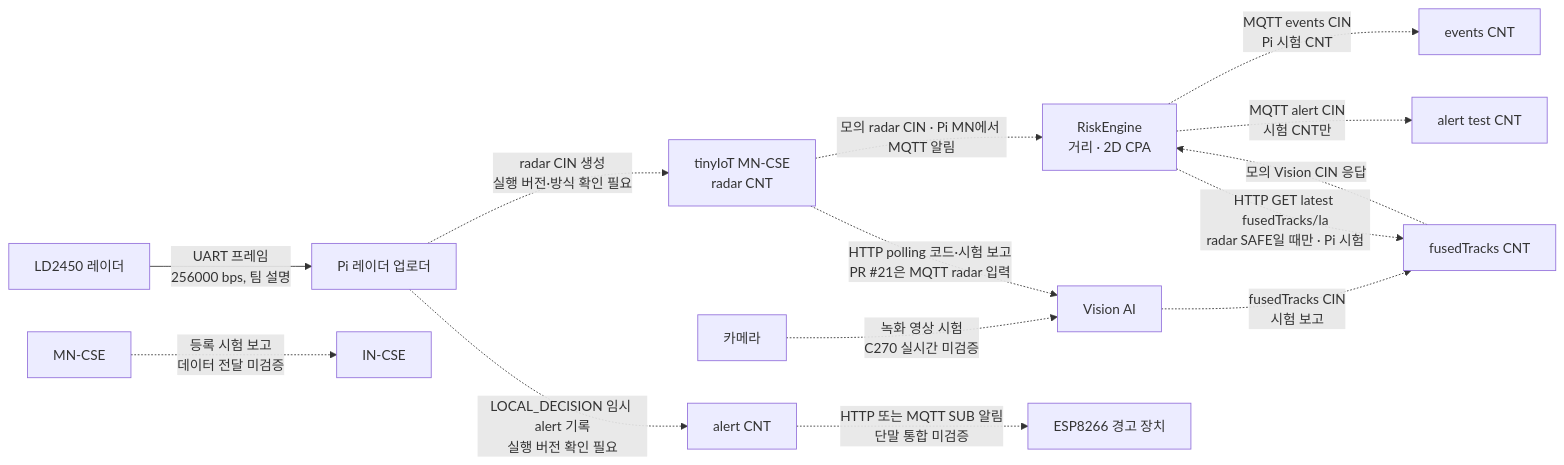
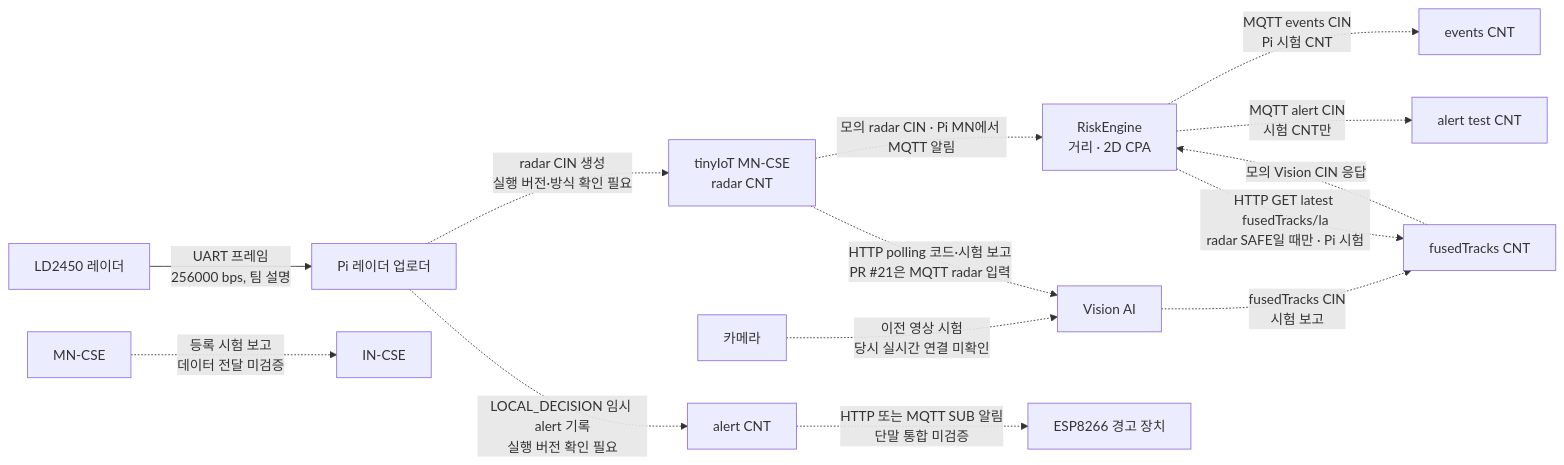
The second of 5 diagrams in docs/architecture.md (extra-7ex/Sejong_4IoT_OneM2M), drawn with Mermaid before and after one commit. The commit also changed other lines of this file and 17 other files, not shown here.

````diff
--- a/docs/architecture.md
+++ b/docs/architecture.md
@@ -73,16 +76,16 @@
 ```mermaid
 flowchart LR
   LD["LD2450 레이더"] -- "UART 프레임<br/>256000 bps, 팀 설명" --> UP["Pi 레이더 업로더"]
   UP -. "radar CIN 생성<br/>실행 버전·방식 확인 필요" .-> RAD["tinyIoT MN-CSE<br/>radar CNT"]
   RAD -. "모의 radar CIN · Pi MN에서 MQTT 알림" .-> ENGINE["RiskEngine<br/>거리 · 2D CPA"]
   ENGINE -. "MQTT events CIN<br/>Pi 시험 CNT" .-> EVENT["events CNT"]
-  CAM["카메라"] -. "녹화 영상 시험<br/>C270 실시간 미검증" .-> VISION["Vision AI"]
+  CAM["카메라"] -. "이전 영상 시험<br/>당시 실시간 연결 미확인" .-> VISION["Vision AI"]
   RAD -. "HTTP polling 코드·시험 보고<br/>PR #21은 MQTT radar 입력" .-> VISION
   VISION -. "fusedTracks CIN<br/>시험 보고" .-> FUSED["fusedTracks CNT"]
   ENGINE -. "HTTP GET latest fusedTracks/la<br/>radar SAFE일 때만 · Pi 시험" .-> FUSED
   FUSED -. "모의 Vision CIN 응답" .-> ENGINE
   ENGINE -. "MQTT alert CIN<br/>시험 CNT만" .-> TEST_ALERT["alert test CNT"]
   UP -. "LOCAL_DECISION 임시 alert 기록<br/>실행 버전 확인 필요" .-> ALERT["alert CNT"]
   ALERT -. "HTTP 또는 MQTT SUB 알림<br/>단말 통합 미검증" .-> ESP["ESP8266 경고 장치"]
   CSE["MN-CSE"] -. "등록 시험 보고<br/>데이터 전달 미검증" .-> IN["IN-CSE"]
 ```
````
